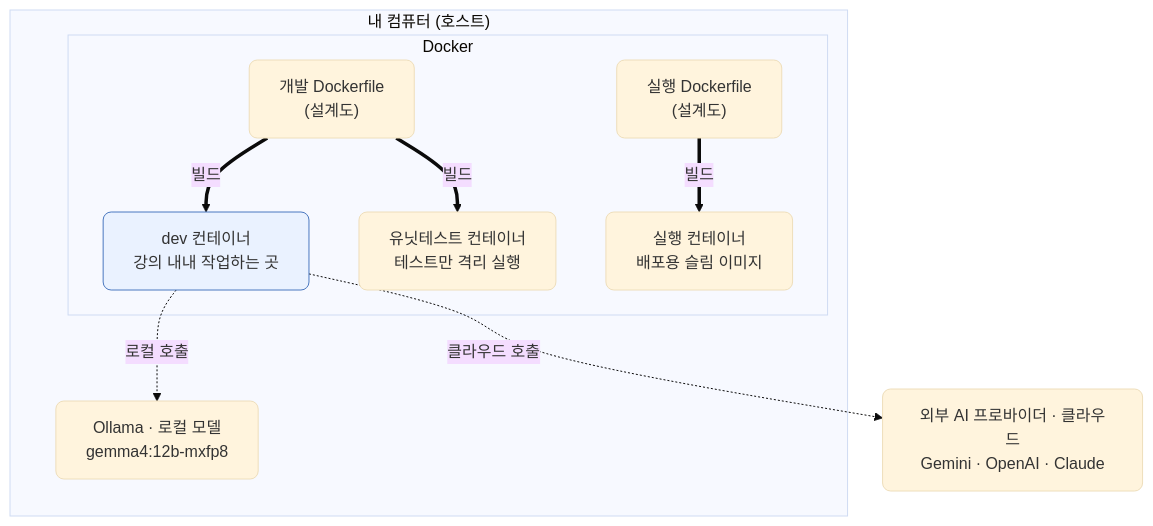
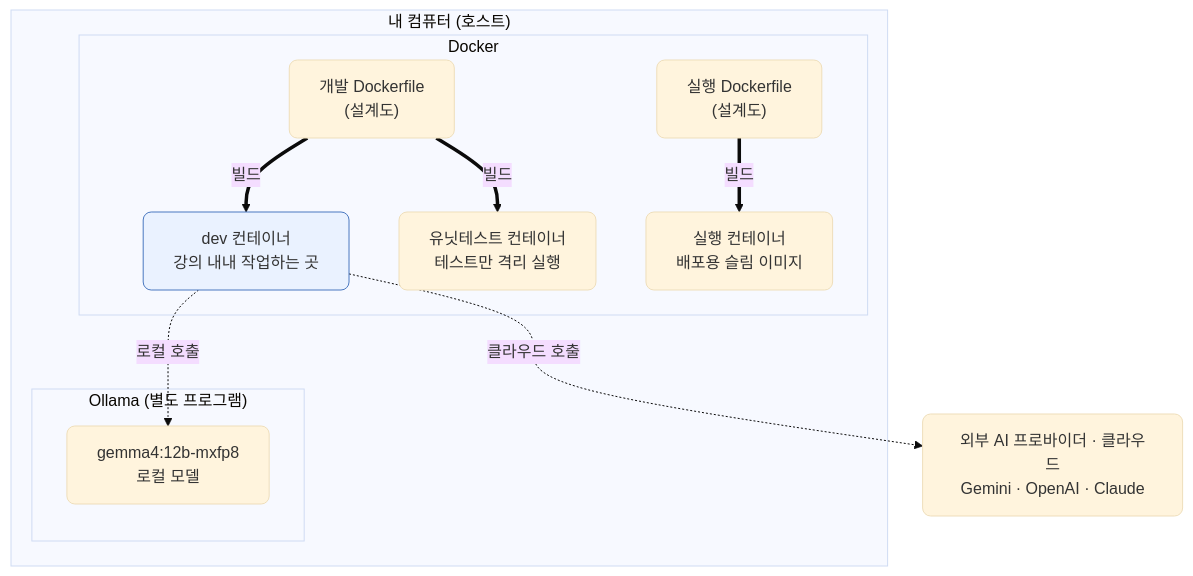
Before and after one commit to CodeCompose7/ai_service_engineering: the first of 2 diagrams in docs/section1/lec01/README.md, drawn with Mermaid (base theme). The commit also changed other lines of this file, not shown here.

````diff
--- a/docs/section1/lec01/README.md
+++ b/docs/section1/lec01/README.md
@@ -14,24 +14,26 @@
 ```mermaid
 flowchart TB
   subgraph COMP["내 컴퓨터 (호스트)"]
     subgraph DOCKER["Docker"]
       DF1["개발 Dockerfile<br/>(설계도)"]
       DF2["실행 Dockerfile<br/>(설계도)"]
       DEV["dev 컨테이너<br/>강의 내내 작업하는 곳"]
       TEST["유닛테스트 컨테이너<br/>테스트만 격리 실행"]
       RUN["실행 컨테이너<br/>배포용 슬림 이미지"]
       DF1 ==>|"빌드"| DEV
       DF1 ==>|"빌드"| TEST
       DF2 ==>|"빌드"| RUN
     end
-    OLL["Ollama · 로컬 모델<br/>gemma4:12b-mxfp8"]
+    subgraph OLLAMA["Ollama (별도 프로그램)"]
+      MODEL["gemma4:12b-mxfp8<br/>로컬 모델"]
+    end
   end
   EXT["외부 AI 프로바이더 · 클라우드<br/>Gemini · OpenAI · Claude"]
 
-  DEV -.->|"로컬 호출"| OLL
+  DEV -.->|"로컬 호출"| MODEL
   DEV -.->|"클라우드 호출"| EXT
 
   classDef default rx:8,ry:8;
   classDef work fill:#eaf2ff,stroke:#4a78c0;
   class DEV work;
 ```
````
